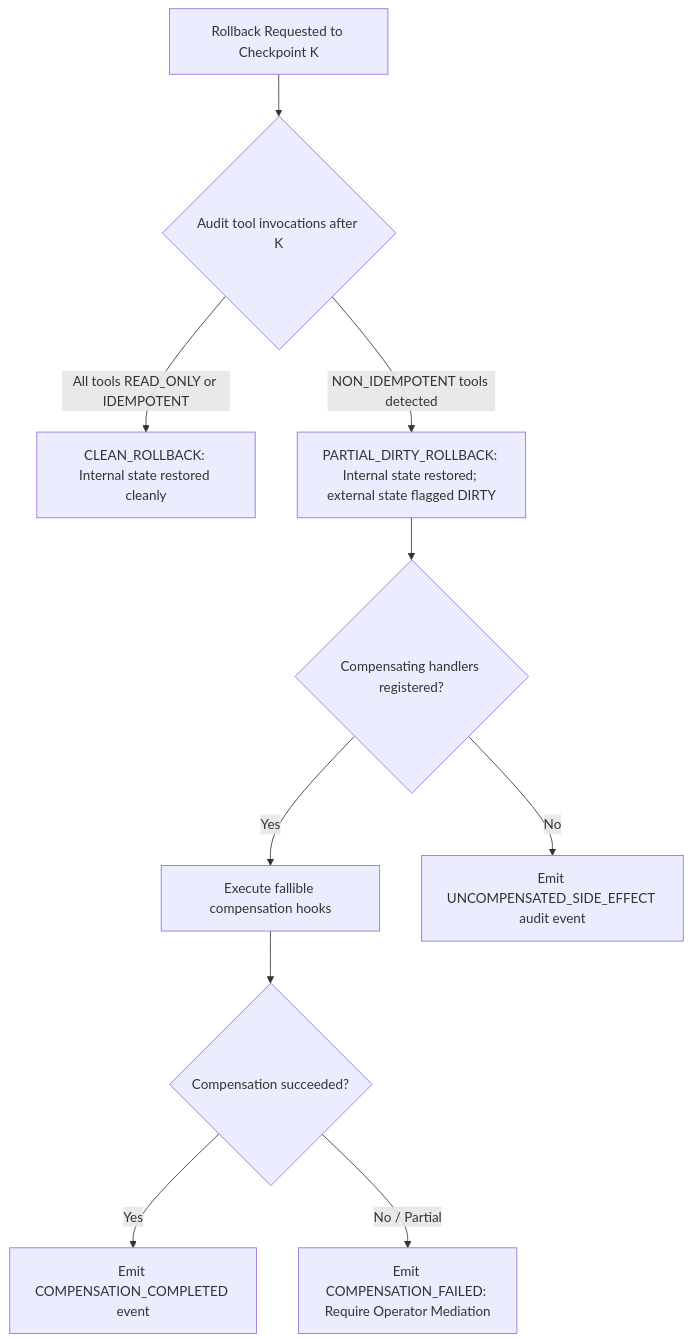
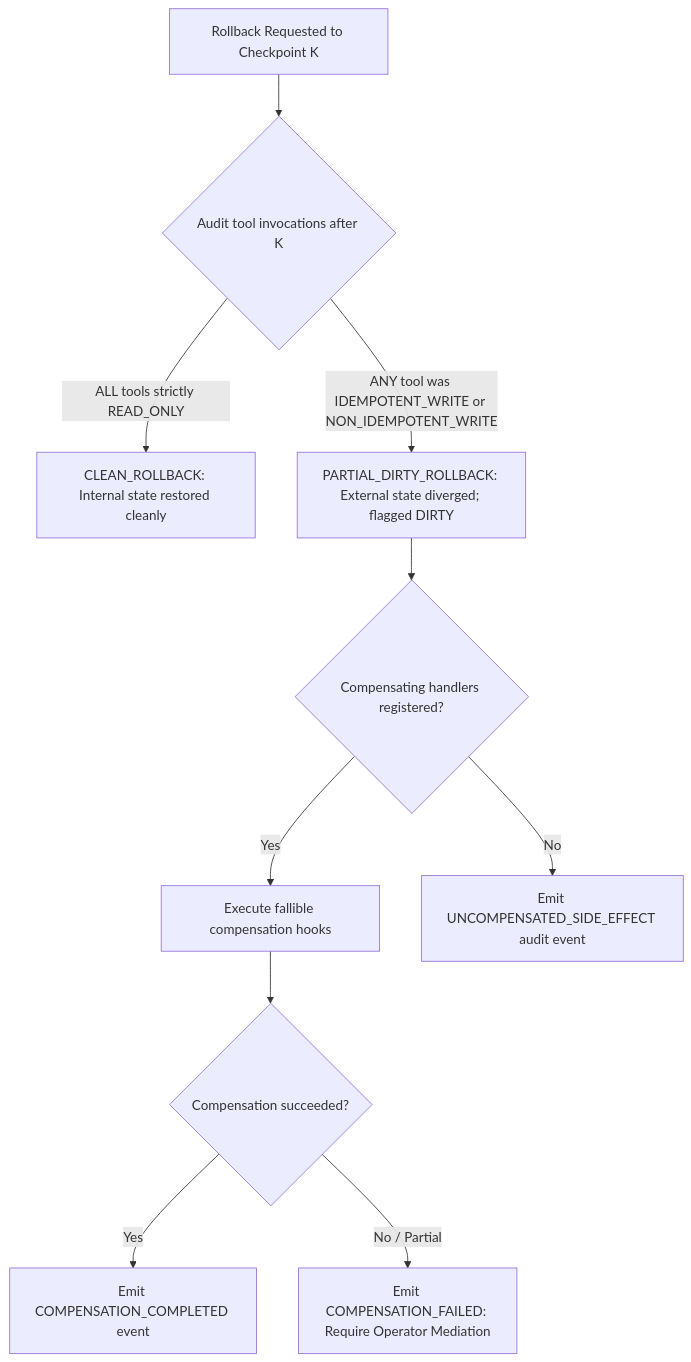
Before and after one commit to aditya89bh/memory-aware-agent-harness: the third of 3 diagrams in SPEC.md, drawn with Mermaid. The commit also changed other lines of this file and 1 other file, not shown here.

Commit message:
docs(spec): reconcile rollback semantics, erasure propagation, and threat model

````diff
--- a/SPEC.md
+++ b/SPEC.md
@@ -209,12 +221,12 @@
 ```mermaid
 flowchart TD
     RB[Rollback Requested to Checkpoint K] --> AUDIT{Audit tool invocations after K}
-    AUDIT -->|All tools READ_ONLY or IDEMPOTENT| CLEAN[CLEAN_ROLLBACK: Internal state restored cleanly]
-    AUDIT -->|NON_IDEMPOTENT tools detected| DIRTY[PARTIAL_DIRTY_ROLLBACK: Internal state restored; external state flagged DIRTY]
+    AUDIT -->|ALL tools strictly READ_ONLY| CLEAN[CLEAN_ROLLBACK: Internal state restored cleanly]
+    AUDIT -->|ANY tool was IDEMPOTENT_WRITE or NON_IDEMPOTENT_WRITE| DIRTY[PARTIAL_DIRTY_ROLLBACK: External state diverged; flagged DIRTY]
     DIRTY --> COMP{Compensating handlers registered?}
     COMP -->|Yes| RUN_COMP[Execute fallible compensation hooks]
     COMP -->|No| ALERT[Emit UNCOMPENSATED_SIDE_EFFECT audit event]
     RUN_COMP --> COMP_EVAL{Compensation succeeded?}
     COMP_EVAL -->|Yes| COMP_OK[Emit COMPENSATION_COMPLETED event]
     COMP_EVAL -->|No / Partial| COMP_FAIL[Emit COMPENSATION_FAILED: Require Operator Mediation]
 ```
````
